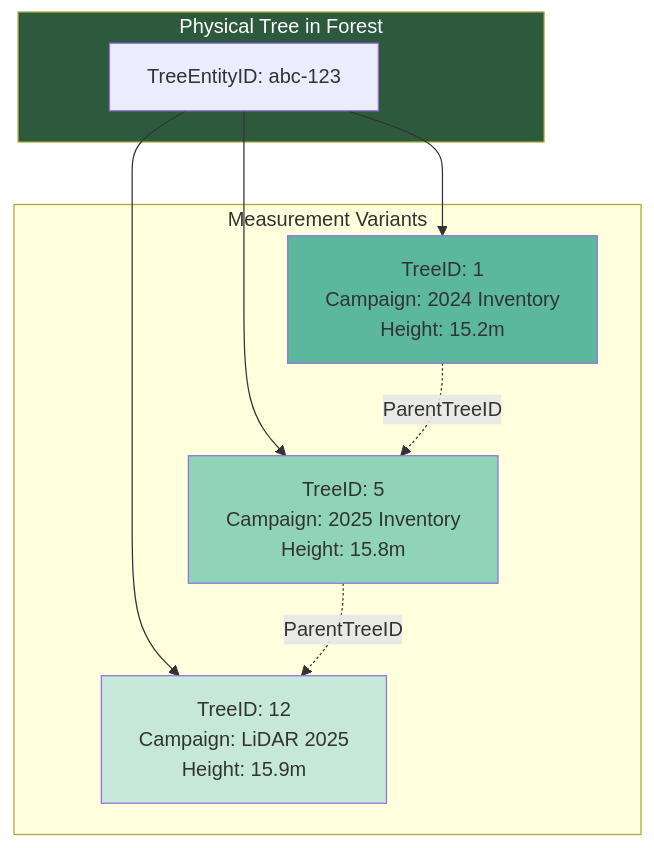
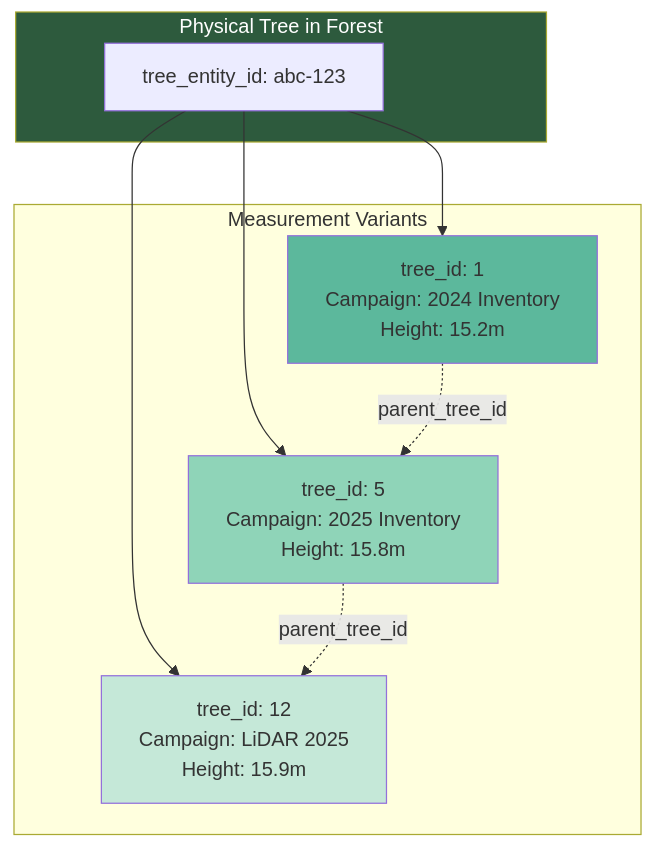
The fourth of 7 diagrams in docs/database-overview.md (XRFutureForests/digital-twin-db), drawn with Mermaid before and after one commit. The commit also changed other lines of this file and 11 other files, not shown here.

First line of the commit message:
docs: snake_case column names in examples and schema references

````diff
--- a/docs/database-overview.md
+++ b/docs/database-overview.md
@@ -426,23 +426,23 @@
 ```mermaid
 flowchart TB
     subgraph Physical["Physical Tree in Forest"]
-        Tree["TreeEntityID: abc-123"]
+        Tree["tree_entity_id: abc-123"]
     end
 
     subgraph Variants["Measurement Variants"]
-        V1["TreeID: 1<br/>Campaign: 2024 Inventory<br/>Height: 15.2m"]
-        V2["TreeID: 5<br/>Campaign: 2025 Inventory<br/>Height: 15.8m"]
-        V3["TreeID: 12<br/>Campaign: LiDAR 2025<br/>Height: 15.9m"]
+        V1["tree_id: 1<br/>Campaign: 2024 Inventory<br/>Height: 15.2m"]
+        V2["tree_id: 5<br/>Campaign: 2025 Inventory<br/>Height: 15.8m"]
+        V3["tree_id: 12<br/>Campaign: LiDAR 2025<br/>Height: 15.9m"]
     end
 
     Tree --> V1
     Tree --> V2
     Tree --> V3
-    V1 -.->|ParentTreeID| V2
-    V2 -.->|ParentTreeID| V3
+    V1 -.->|parent_tree_id| V2
+    V2 -.->|parent_tree_id| V3
 
     style Physical fill:#2d5a3d,color:#fff
     style V1 fill:#5CB89C
     style V2 fill:#8fd4b8
     style V3 fill:#c5e8d8
 ```
````
